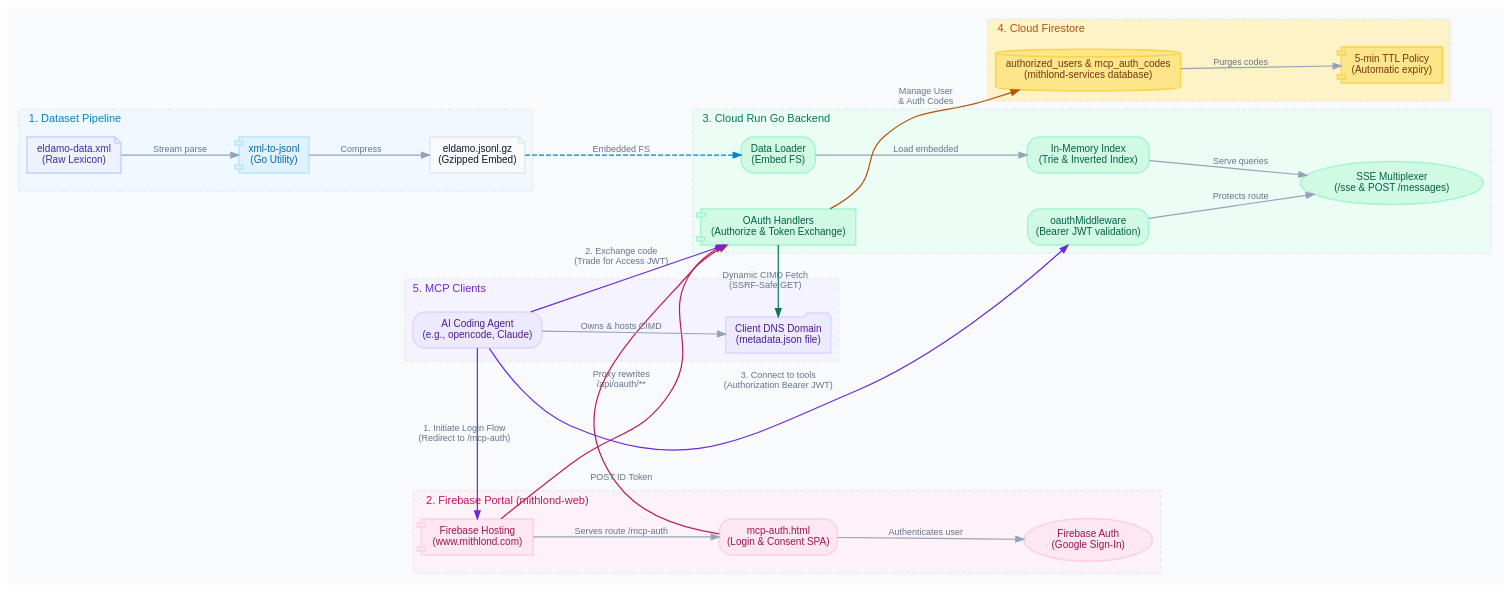
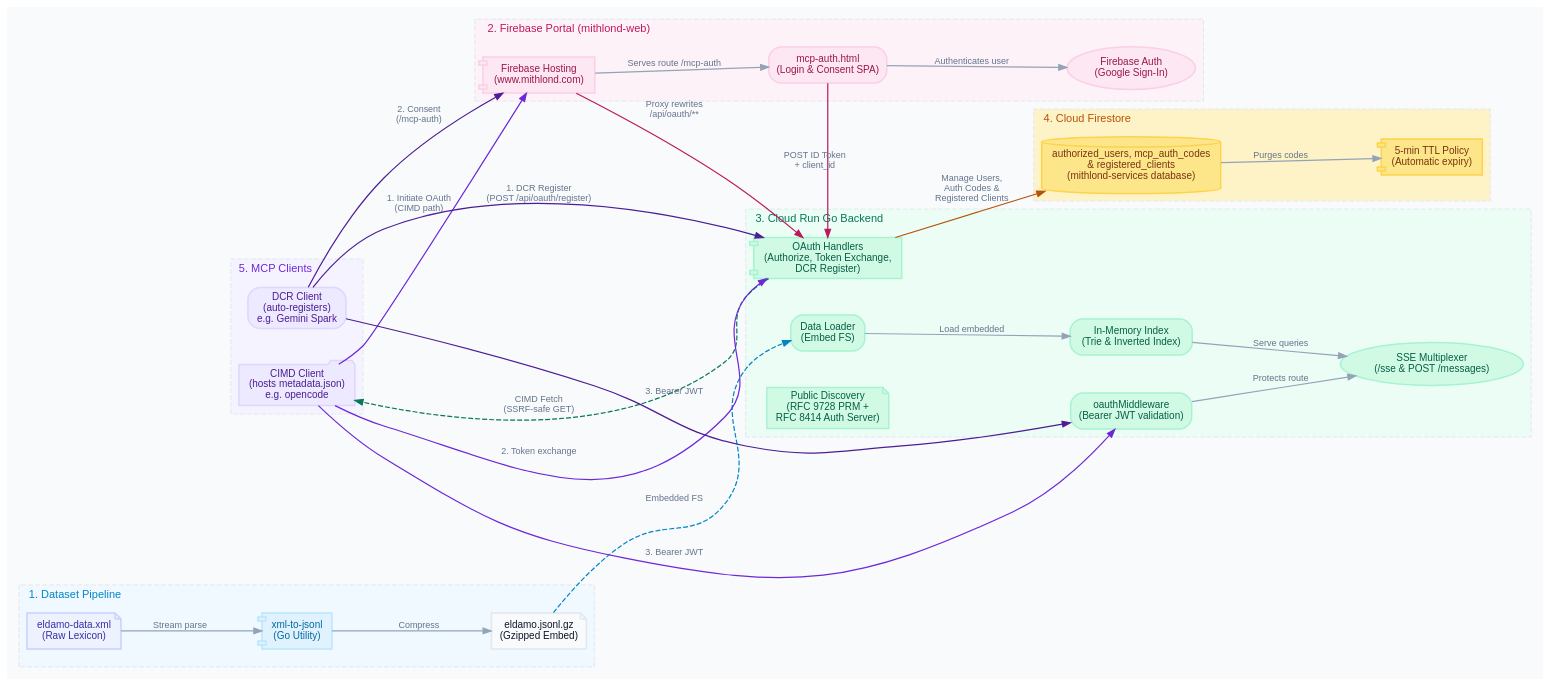
Before and after one commit to ghchinoy/eldamoapi: the diagram in docs/architecture.dot, drawn with Graphviz. The commit also changed 7 other files, not shown here.

```diff
--- a/docs/architecture.dot
+++ b/docs/architecture.dot
@@ -1,126 +1,128 @@
 digraph G {
     fontname="Outfit,sans-serif";
     fontsize=12;
     rankdir=LR;
     nodesep=0.5;
     ranksep=0.8;
     bgcolor="#F8FAFC"; // Sleek Light Mode Slate 50 background
     splines=true;
     overlap=false;
 
     // Default styles
     node [
         fontname="Outfit,sans-serif";
         fontsize=10;
         shape=box;
         style="filled,rounded";
         fillcolor="#FFFFFF"; // White nodes
         fontcolor="#0F172A"; // Slate 900
         color="#CBD5E1"; // Slate 300 border
         penwidth=1.5;
     ];
 
     edge [
         fontname="Outfit,sans-serif";
         fontsize=9;
         fontcolor="#64748B"; // Slate 500
         color="#94A3B8"; // Slate 400
         arrowsize=0.8;
         penwidth=1.2;
     ];
 
     // Clusters / Sections
     subgraph cluster_prep {
         label="1. Dataset Pipeline";
         labeljust="l";
         fontcolor="#0284C7"; // Sky 700
         fontsize=11;
         color="#E2E8F0"; // Slate 200
         style="filled,dashed";
         fillcolor="#F0F9FF"; // Sky 50
 
         xml_source [label="eldamo-data.xml\n(Raw Lexicon)", shape=note, fillcolor="#EEF2FF", color="#C7D2FE", fontcolor="#3730A3"];
         parse_tool [label="xml-to-jsonl\n(Go Utility)", shape=component, fillcolor="#E0F2FE", color="#BAE6FD", fontcolor="#0369A1"];
         jsonl_out [label="eldamo.jsonl.gz\n(Gzipped Embed)", shape=note, fillcolor="#F8FAFC", color="#E2E8F0", fontcolor="#0F172A"];
 
         xml_source -> parse_tool [label=" Stream parse"];
         parse_tool -> jsonl_out [label=" Compress"];
     }
 
     subgraph cluster_frontend {
         label="2. Firebase Portal (mithlond-web)";
         labeljust="l";
         fontcolor="#BE185D"; // Pink 700
         fontsize=11;
         color="#E2E8F0";
         style="filled,dashed";
         fillcolor="#FDF2F8"; // Pink 50
 
         fb_hosting [label="Firebase Hosting\n(www.mithlond.com)", shape=component, fillcolor="#FCE7F3", color="#FBCFE8", fontcolor="#9D174D"];
         auth_spa [label="mcp-auth.html\n(Login & Consent SPA)", shape=window, fillcolor="#FCE7F3", color="#FBCFE8", fontcolor="#9D174D"];
         firebase_auth [label="Firebase Auth\n(Google Sign-In)", shape=ellipse, fillcolor="#FCE7F3", color="#FBCFE8", fontcolor="#9D174D"];
 
         fb_hosting -> auth_spa [label=" Serves route /mcp-auth"];
         auth_spa -> firebase_auth [label=" Authenticates user"];
     }
 
     subgraph cluster_mcp_server {
         label="3. Cloud Run Go Backend";
         labeljust="l";
         fontcolor="#047857"; // Emerald 700
         fontsize=11;
         color="#E2E8F0";
         style="filled,dashed";
         fillcolor="#ECFDF5"; // Emerald 50
 
         loader [label="Data Loader\n(Embed FS)", shape=box, fillcolor="#D1FAE5", color="#A7F3D0", fontcolor="#065F46"];
         index [label="In-Memory Index\n(Trie & Inverted Index)", shape=box, fillcolor="#D1FAE5", color="#A7F3D0", fontcolor="#065F46"];
-        oauth_handlers [label="OAuth Handlers\n(Authorize & Token Exchange)", shape=component, fillcolor="#D1FAE5", color="#A7F3D0", fontcolor="#065F46"];
+        oauth_handlers [label="OAuth Handlers\n(Authorize, Token Exchange,\nDCR Register)", shape=component, fillcolor="#D1FAE5", color="#A7F3D0", fontcolor="#065F46"];
+        discovery [label="Public Discovery\n(RFC 9728 PRM +\nRFC 8414 Auth Server)", shape=note, fillcolor="#D1FAE5", color="#A7F3D0", fontcolor="#065F46"];
         auth_middleware [label="oauthMiddleware\n(Bearer JWT validation)", shape=shield, fillcolor="#D1FAE5", color="#A7F3D0", fontcolor="#065F46"];
         sse_server [label="SSE Multiplexer\n(/sse & POST /messages)", shape=ellipse, fillcolor="#D1FAE5", color="#A7F3D0", fontcolor="#065F46"];
 
         loader -> index [label=" Load embedded"];
         index -> sse_server [label=" Serve queries"];
         auth_middleware -> sse_server [label=" Protects route"];
     }
 
     subgraph cluster_storage {
         label="4. Cloud Firestore";
         labeljust="l";
         fontcolor="#B45309"; // Amber 700
         fontsize=11;
         color="#E2E8F0";
         style="filled,dashed";
         fillcolor="#FEF3C7"; // Amber 50
 
-        firestore_db [label="authorized_users & mcp_auth_codes\n(mithlond-services database)", shape=cylinder, fillcolor="#FDE68A", color="#FCD34D", fontcolor="#78350F"];
+        firestore_db [label="authorized_users, mcp_auth_codes\n& registered_clients\n(mithlond-services database)", shape=cylinder, fillcolor="#FDE68A", color="#FCD34D", fontcolor="#78350F"];
         ttl_policy [label="5-min TTL Policy\n(Automatic expiry)", shape=component, fillcolor="#FDE68A", color="#FCD34D", fontcolor="#78350F"];
 
         firestore_db -> ttl_policy [label=" Purges codes"];
     }
 
     subgraph cluster_client {
         label="5. MCP Clients";
         labeljust="l";
         fontcolor="#6D28D9"; // Violet 700
         fontsize=11;
         color="#E2E8F0";
         style="filled,dashed";
         fillcolor="#F5F3FF"; // Violet 50
 
-        client_domain [label="Client DNS Domain\n(metadata.json file)", shape=folder, fillcolor="#EDE9FE", color="#DDD6FE", fontcolor="#4C1D95"];
-        agent [label="AI Coding Agent\n(e.g., opencode, Claude)", shape=actor, fillcolor="#EDE9FE", color="#DDD6FE", fontcolor="#4C1D95"];
-
-        agent -> client_domain [label=" Owns & hosts CIMD"];
+        client_domain [label="CIMD Client\n(hosts metadata.json)\ne.g. opencode", shape=folder, fillcolor="#EDE9FE", color="#DDD6FE", fontcolor="#4C1D95"];
+        agent [label="DCR Client\n(auto-registers)\ne.g. Gemini Spark", shape=box, fillcolor="#EDE9FE", color="#DDD6FE", fontcolor="#4C1D95"];
     }
 
     // Connections across sections
     jsonl_out -> loader [label=" Embedded FS", style=dashed, color="#0284C7"];
     fb_hosting -> oauth_handlers [label=" Proxy rewrites\n/api/oauth/**", color="#BE185D"];
-    auth_spa -> oauth_handlers [label=" POST ID Token", color="#BE185D"];
-    oauth_handlers -> firestore_db [label=" Manage User\n& Auth Codes", color="#B45309"];
-    oauth_handlers -> client_domain [label=" Dynamic CIMD Fetch\n(SSRF-Safe GET)", color="#047857"];
-    agent -> fb_hosting [label=" 1. Initiate Login Flow\n(Redirect to /mcp-auth)", color="#6D28D9"];
-    agent -> oauth_handlers [label=" 2. Exchange code\n(Trade for Access JWT)", color="#6D28D9"];
-    agent -> auth_middleware [label=" 3. Connect to tools\n(Authorization Bearer JWT)", color="#6D28D9"];
+    auth_spa -> oauth_handlers [label=" POST ID Token\n+ client_id", color="#BE185D"];
+    oauth_handlers -> firestore_db [label=" Manage Users,\nAuth Codes &\nRegistered Clients", color="#B45309"];
+    oauth_handlers -> client_domain [label=" CIMD Fetch\n(SSRF-safe GET)", color="#047857", style=dashed];
+    client_domain -> fb_hosting [label=" 1. Initiate OAuth\n(CIMD path)", color="#6D28D9"];
+    client_domain -> oauth_handlers [label=" 2. Token exchange", color="#6D28D9"];
+    client_domain -> auth_middleware [label=" 3. Bearer JWT", color="#6D28D9"];
+    agent -> oauth_handlers [label=" 1. DCR Register\n(POST /api/oauth/register)", color="#4C1D95"];
+    agent -> fb_hosting [label=" 2. Consent\n(/mcp-auth)", color="#4C1D95"];
+    agent -> auth_middleware [label=" 3. Bearer JWT", color="#4C1D95"];
 }
```
